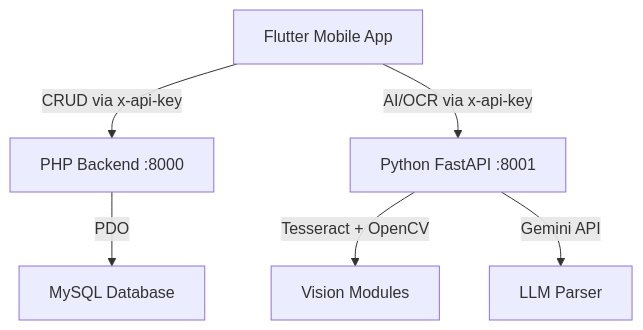
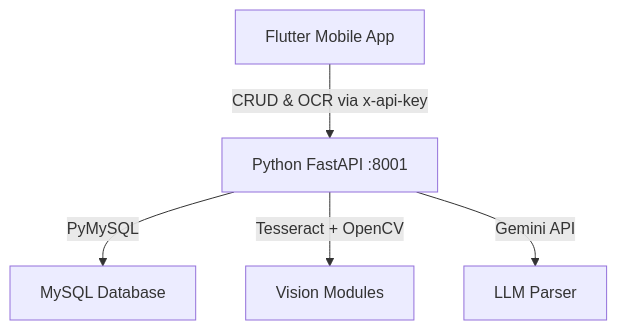
Before and after one commit to prasajanravishka/library_system-: the diagram in doc/walkthrough.md, drawn with Mermaid. The commit also changed other lines of this file and 3 other files, not shown here.

Commit message:
docs: add project documentation including architecture, walkthrough, and workflow guides

````diff
--- a/doc/walkthrough.md
+++ b/doc/walkthrough.md
@@ -5,8 +5,7 @@
 ```mermaid
 graph TD
-    A["Flutter Mobile App"] -->|CRUD via x-api-key| B["PHP Backend :8000"]
-    A -->|AI/OCR via x-api-key| C["Python FastAPI :8001"]
-    B -->|PDO| D["MySQL Database"]
+    A["Flutter Mobile App"] -->|CRUD & OCR via x-api-key| C["Python FastAPI :8001"]
+    C -->|PyMySQL| D["MySQL Database"]
     C -->|Tesseract + OpenCV| E["Vision Modules"]
     C -->|Gemini API| F["LLM Parser"]
 ```
````
